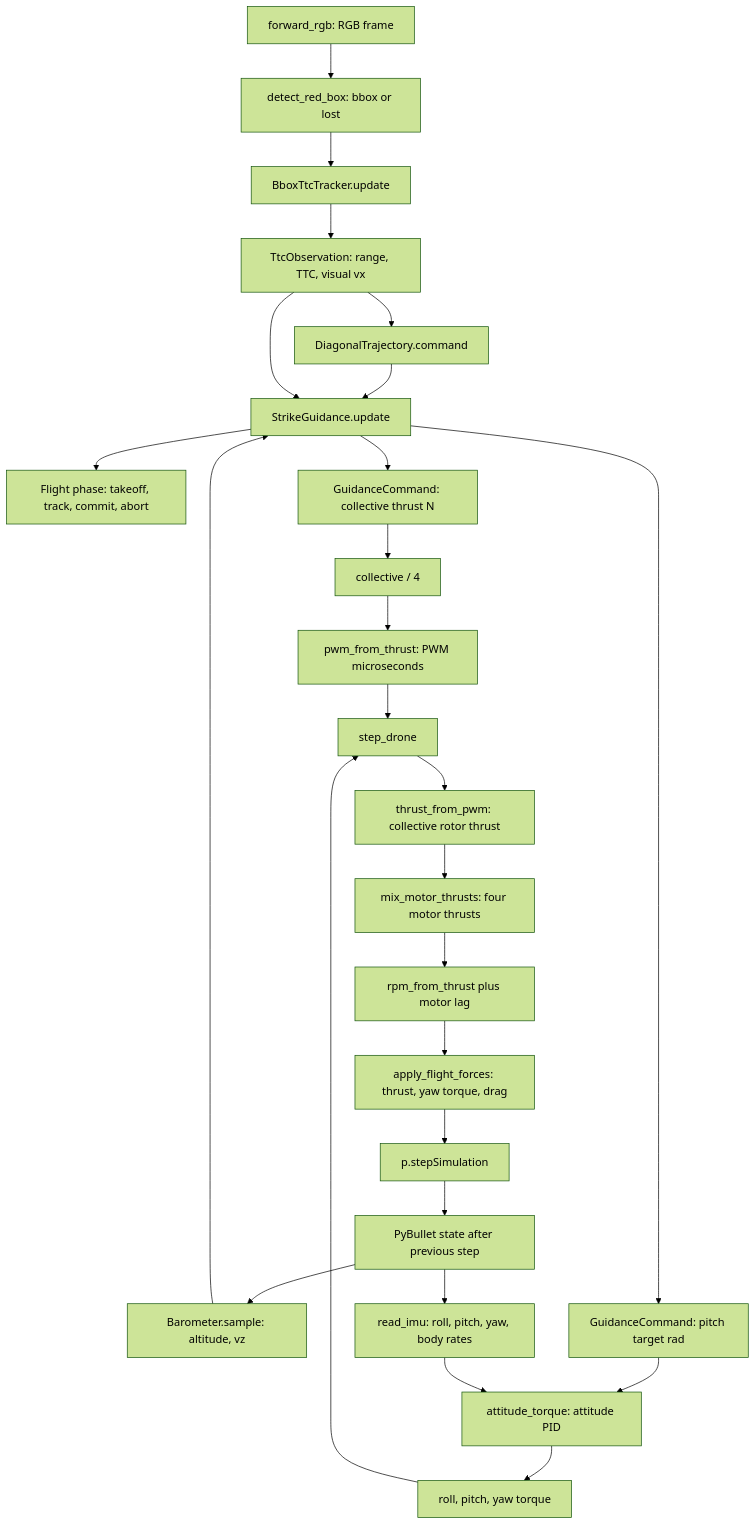
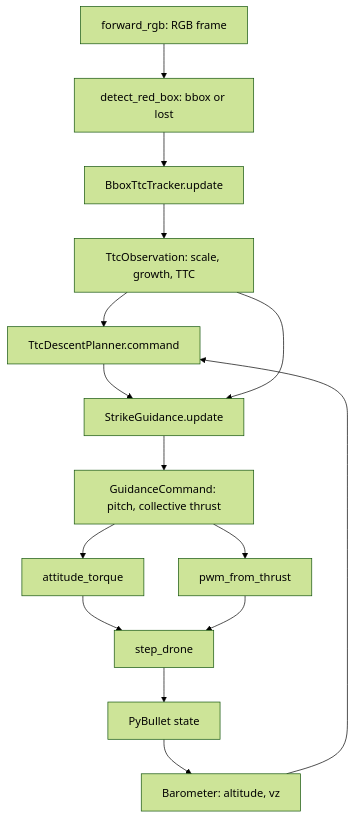
The second of 3 diagrams in examples/07-optical-navigation/ttc_strike/README.md (amire2000/drone-physics-and-simulation-course), drawn with Mermaid (forest theme) before and after one commit. The commit also changed other lines of this file and 10 other files, not shown here.

````diff
--- a/examples/07-optical-navigation/ttc_strike/README.md
+++ b/examples/07-optical-navigation/ttc_strike/README.md
@@ -209,31 +130,17 @@
 ```mermaid
 flowchart TD
     camera[forward_rgb: RGB frame] --> detect[detect_red_box: bbox or lost]
     detect --> ttc[BboxTtcTracker.update]
-    ttc --> observation[TtcObservation: range, TTC, visual vx]
-    observation --> trajectory[DiagonalTrajectory.command]
-    physics[PyBullet state after previous step] --> barometer[Barometer.sample: altitude, vz]
-    physics --> imu[read_imu: roll, pitch, yaw, body rates]
-
-    barometer --> guidance[StrikeGuidance.update]
-    trajectory --> guidance
+    ttc --> observation[TtcObservation: scale, growth, TTC]
+    observation --> planner[TtcDescentPlanner.command]
+    physics[PyBullet state] --> barometer[Barometer: altitude, vz]
+    barometer --> planner
+    planner --> guidance[StrikeGuidance.update]
     observation --> guidance
-    guidance --> phase[Flight phase: takeoff, track, commit, abort]
-    guidance --> collective[GuidanceCommand: collective thrust N]
-    guidance --> pitch_target[GuidanceCommand: pitch target rad]
-
-    pitch_target --> attitude[attitude_torque: attitude PID]
-    imu --> attitude
-    attitude --> torque[roll, pitch, yaw torque]
-    collective --> per_motor[collective / 4]
-    per_motor --> pwm[pwm_from_thrust: PWM microseconds]
-
-    pwm --> step[step_drone]
-    torque --> step
-    step --> thrust_from_pwm[thrust_from_pwm: collective rotor thrust]
-    thrust_from_pwm --> mixer[mix_motor_thrusts: four motor thrusts]
-    mixer --> rpm[rpm_from_thrust plus motor lag]
-    rpm --> forces[apply_flight_forces: thrust, yaw torque, drag]
-    forces --> next_step[p.stepSimulation]
-    next_step --> physics
+    guidance --> command[GuidanceCommand: pitch, collective thrust]
+    command --> attitude[attitude_torque]
+    command --> pwm[pwm_from_thrust]
+    attitude --> step[step_drone]
+    pwm --> step
+    step --> physics
 ```
````
